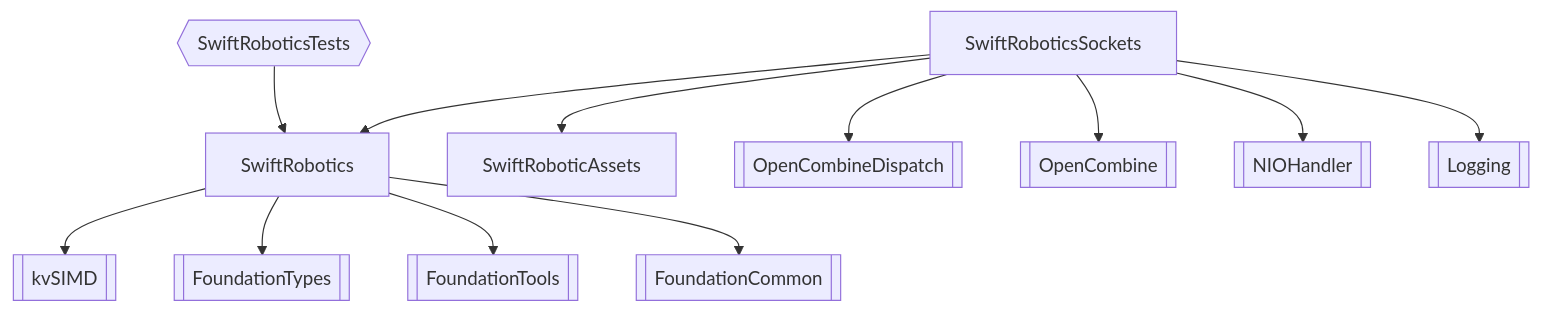
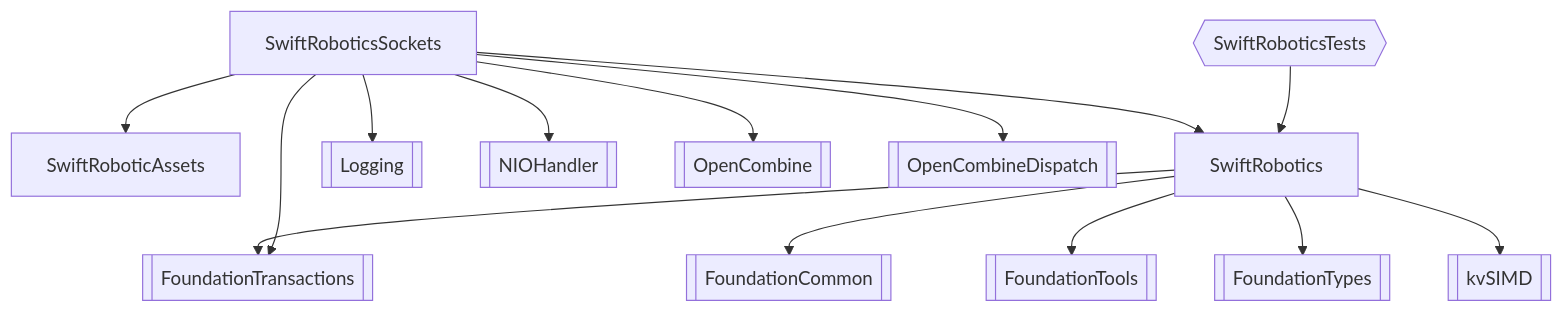
One commit to kopecn/spmSwiftRobotics changed the diagram in readme.md. Above: the diagram before and after it, drawn with Mermaid. The commit also changed other lines of this file and 41 other files, not shown here.

````diff
--- a/readme.md
+++ b/readme.md
@@ -5,15 +7,17 @@
 ```mermaid
 flowchart TD
     SwiftRoboticAssets
     SwiftRobotics-->FoundationCommon[[FoundationCommon]]
     SwiftRobotics-->FoundationTools[[FoundationTools]]
     SwiftRobotics-->FoundationTypes[[FoundationTypes]]
+    SwiftRobotics-->FoundationTransactions[[FoundationTransactions]]
     SwiftRobotics-->kvSIMD[[kvSIMD]]
+    SwiftRoboticsSockets-->FoundationTransactions
     SwiftRoboticsSockets-->Logging[[Logging]]
     SwiftRoboticsSockets-->NIOHandler[[NIOHandler]]
     SwiftRoboticsSockets-->OpenCombine[[OpenCombine]]
     SwiftRoboticsSockets-->OpenCombineDispatch[[OpenCombineDispatch]]
     SwiftRoboticsSockets-->SwiftRoboticAssets
     SwiftRoboticsSockets-->SwiftRobotics
     SwiftRoboticsTests{{SwiftRoboticsTests}}-->SwiftRobotics
 ```
````
